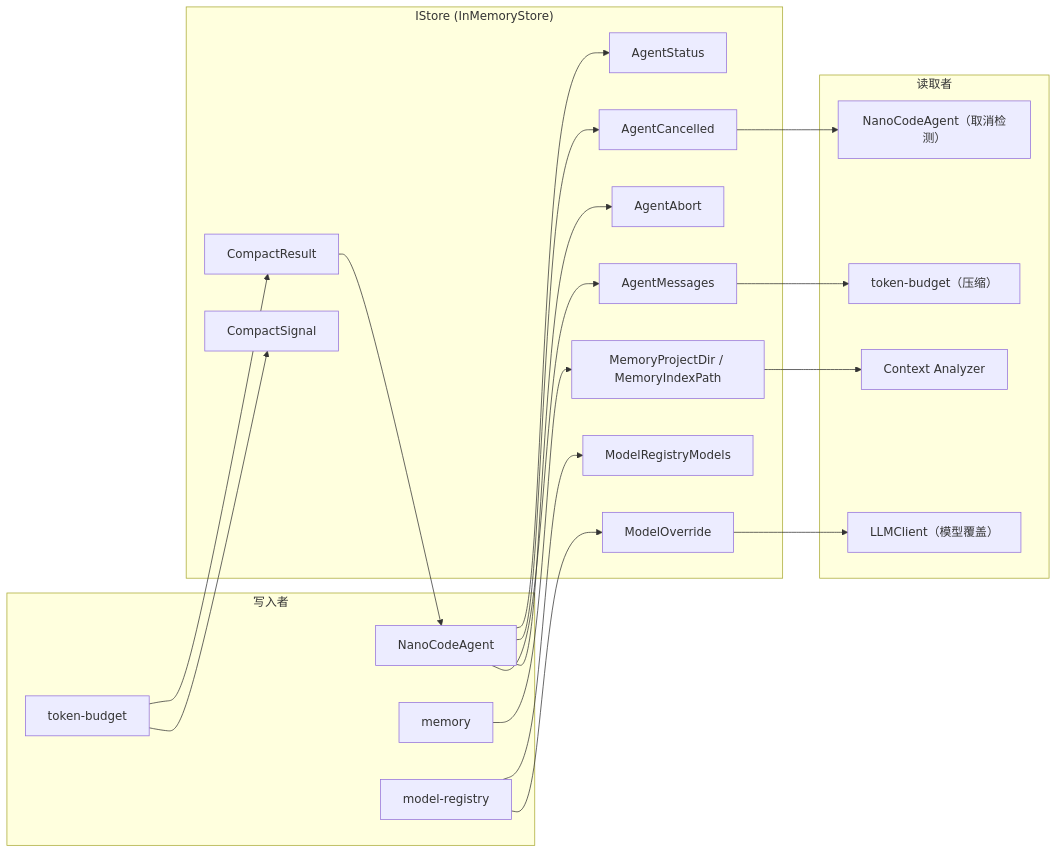
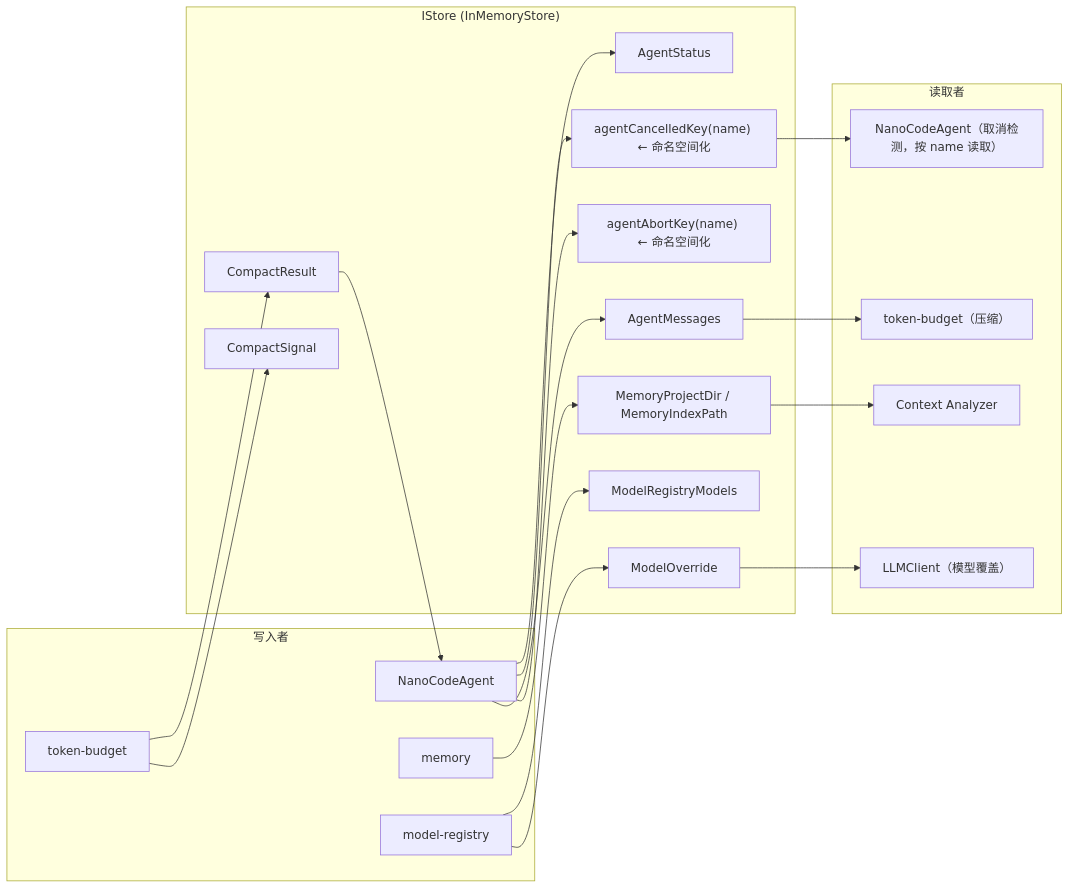
The third of 3 diagrams in docs/react-hooks-sequence-diagram.md (preprocess-cn/nano-code), drawn with Mermaid before and after one commit. The commit also changed other lines of this file and 35 other files, not shown here.

````diff
--- a/docs/react-hooks-sequence-diagram.md
+++ b/docs/react-hooks-sequence-diagram.md
@@ -269,44 +268,44 @@
 ```mermaid
 graph LR
     subgraph Producers["写入者"]
         Agent["NanoCodeAgent"]
         TB["token-budget"]
         Memory["memory"]
         Model["model-registry"]
     end
     
     subgraph Store["IStore (InMemoryStore)"]
         SK_AgentStatus["AgentStatus"]
-        SK_AgentCancelled["AgentCancelled"]
-        SK_AgentAbort["AgentAbort"]
+        SK_AgentCancelled["agentCancelledKey(name) ← 命名空间化"]
+        SK_AgentAbort["agentAbortKey(name) ← 命名空间化"]
         SK_AgentMessages["AgentMessages"]
         SK_CompactResult["CompactResult"]
         SK_CompactSignal["CompactSignal"]
         SK_ModelOverride["ModelOverride"]
         SK_ModelRegistry["ModelRegistryModels"]
         SK_MemoryPaths["MemoryProjectDir / MemoryIndexPath"]
     end
     
     subgraph Consumers["读取者"]
-        Agent2["NanoCodeAgent（取消检测）"]
+        Agent2["NanoCodeAgent（取消检测，按 name 读取）"]
         Compact["token-budget（压缩）"]
         Analyzer["Context Analyzer"]
         LLM["LLMClient（模型覆盖）"]
     end
     
     Agent --> SK_AgentStatus
     Agent --> SK_AgentCancelled
     Agent --> SK_AgentAbort
     Agent --> SK_AgentMessages
     TB --> SK_CompactResult
     TB --> SK_CompactSignal
     Memory --> SK_MemoryPaths
     Model --> SK_ModelOverride
     Model --> SK_ModelRegistry
     
     SK_AgentCancelled --> Agent2
     SK_AgentMessages --> Compact
     SK_CompactResult --> Agent
     SK_MemoryPaths --> Analyzer
     SK_ModelOverride --> LLM
 ```
````
